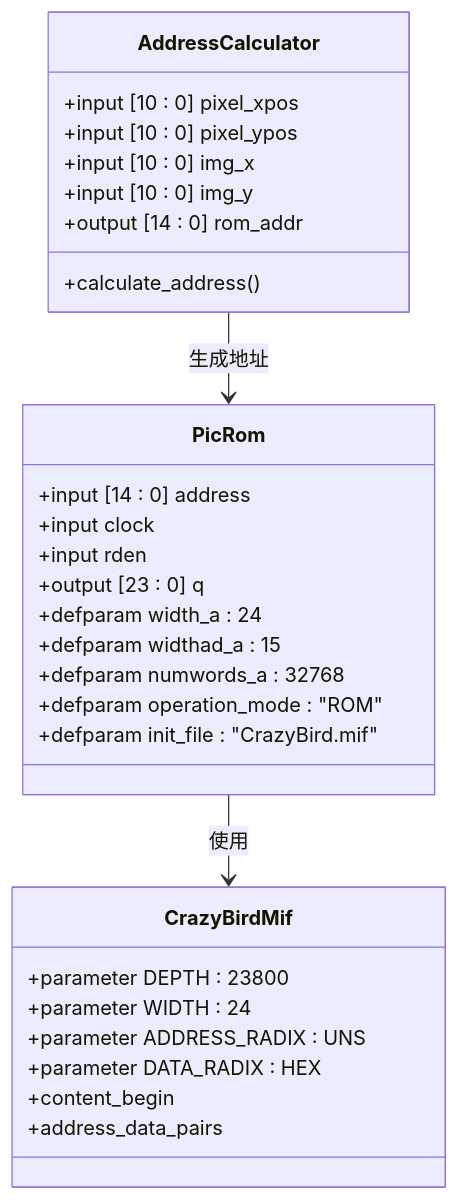
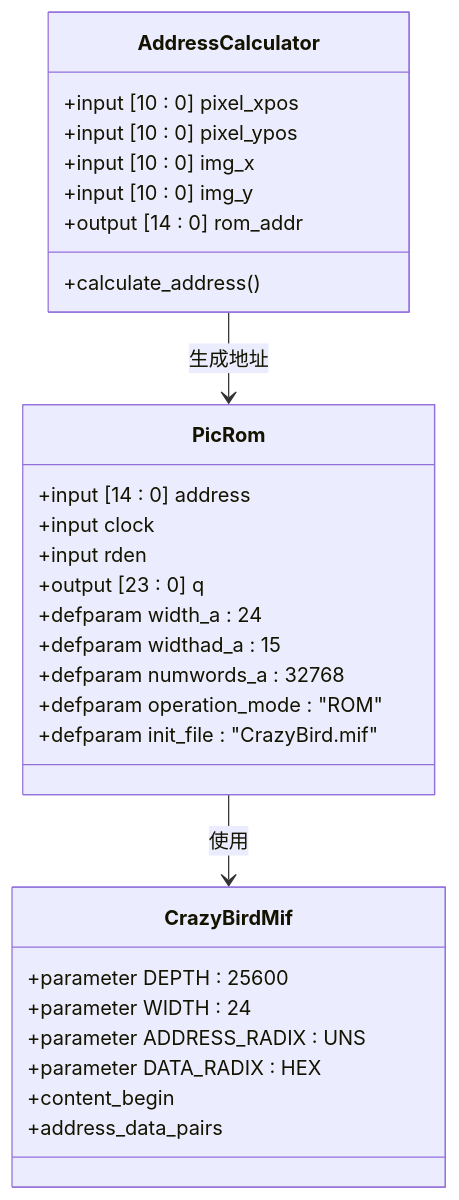
Before and after one commit to soupherexd/LCD_ROM_PIC: the third of 7 diagrams in .qoder/repowiki/zh/content/硬件组件/ROM存储系统.md, drawn with Mermaid. The commit also changed other lines of this file and 3 other files, not shown here.

````diff
--- a/.qoder/repowiki/zh/content/硬件组件/ROM存储系统.md
+++ b/.qoder/repowiki/zh/content/硬件组件/ROM存储系统.md
@@ -193,32 +201,32 @@
 ```mermaid
 classDiagram
 class PicRom {
 +input [14 : 0] address
 +input clock
 +input rden
 +output [23 : 0] q
 +defparam width_a : 24
 +defparam widthad_a : 15
 +defparam numwords_a : 32768
 +defparam operation_mode : "ROM"
 +defparam init_file : "CrazyBird.mif"
 }
 class CrazyBirdMif {
-+parameter DEPTH : 23800
++parameter DEPTH : 25600
 +parameter WIDTH : 24
 +parameter ADDRESS_RADIX : UNS
 +parameter DATA_RADIX : HEX
 +content_begin
 +address_data_pairs
 }
 class AddressCalculator {
 +input [10 : 0] pixel_xpos
 +input [10 : 0] pixel_ypos
 +input [10 : 0] img_x
 +input [10 : 0] img_y
 +output [14 : 0] rom_addr
 +calculate_address()
 }
 PicRom --> CrazyBirdMif : 使用
 AddressCalculator --> PicRom : 生成地址
 ```
````
